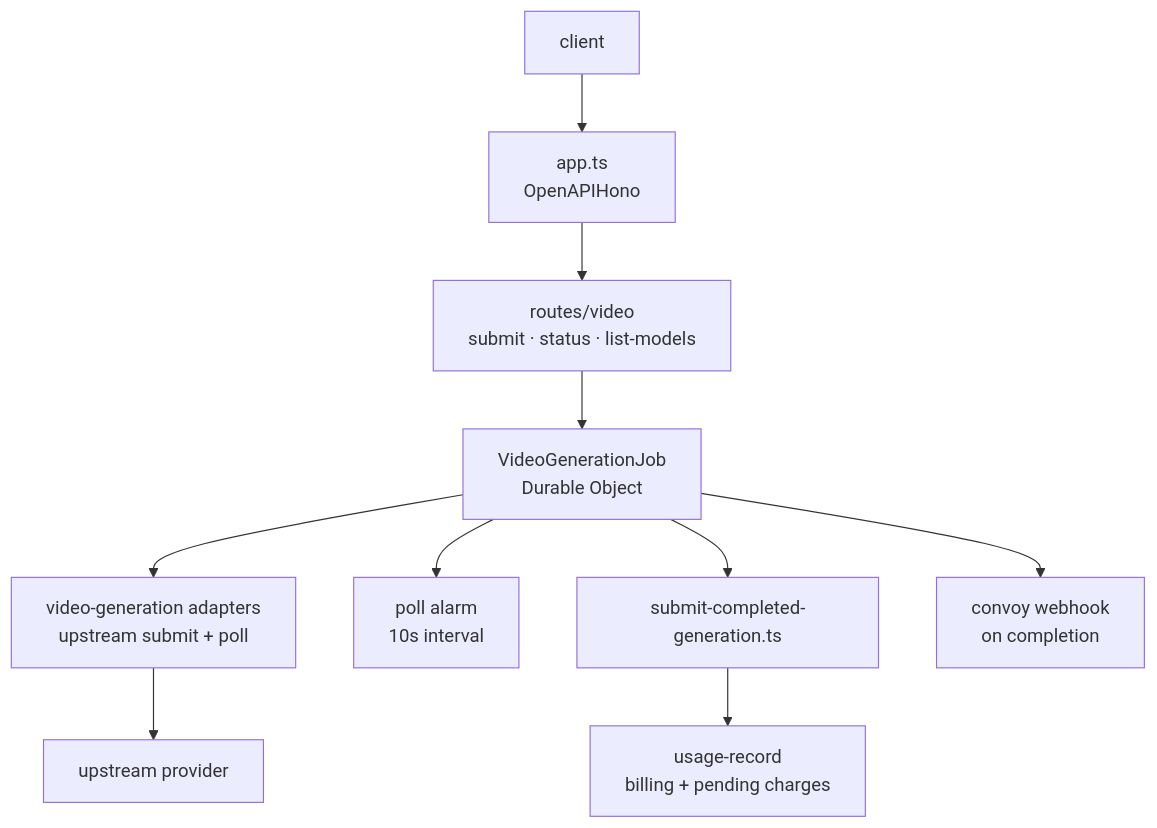
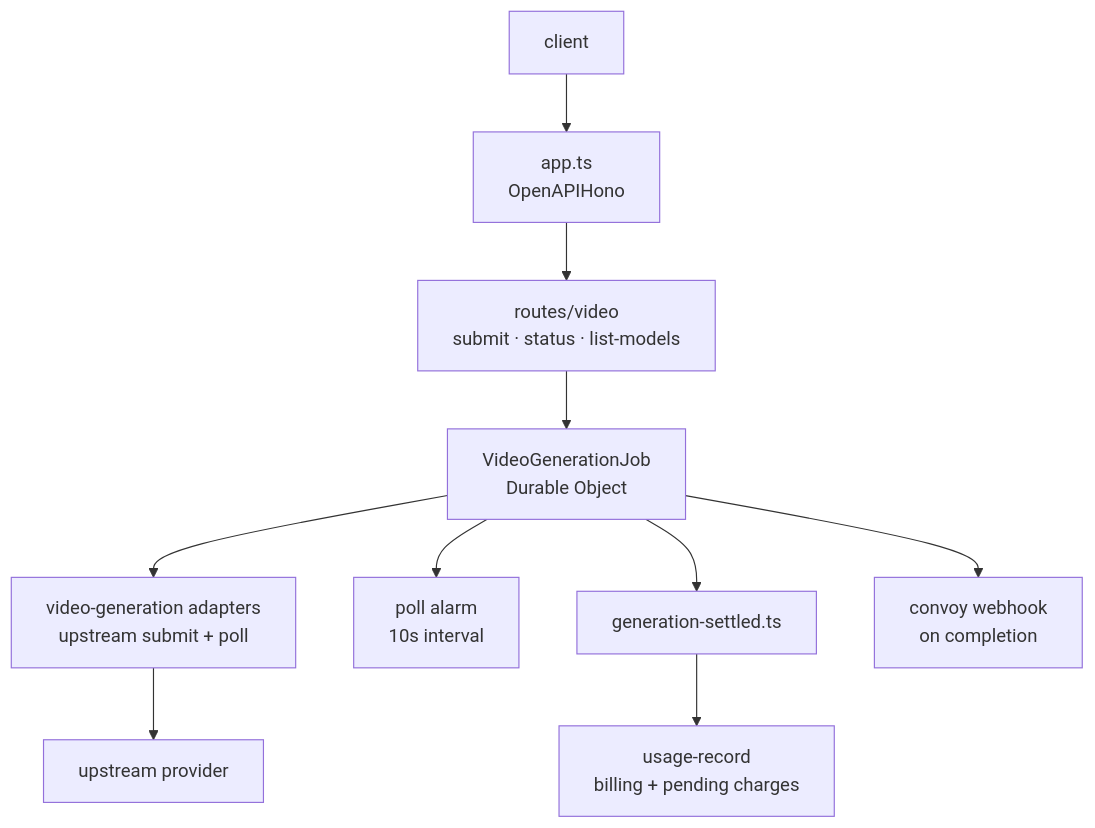
Before and after one commit to OpenRouterTeam/docs: the diagram in services/cfw-video-api/README.md, drawn with Mermaid. The commit also changed other lines of this file and 1681 other files, not shown here.

````diff
--- a/services/cfw-video-api/README.md
+++ b/services/cfw-video-api/README.md
@@ -7,12 +7,12 @@
 ```mermaid
 graph TD
     Client["client"] --> App["app.ts\nOpenAPIHono"]
     App --> VideoRoute["routes/video\nsubmit · status · list-models"]
     VideoRoute --> DO["VideoGenerationJob\nDurable Object"]
     DO --> Adapter["video-generation adapters\nupstream submit + poll"]
     Adapter --> Upstream["upstream provider"]
     DO --> Alarm["poll alarm\n10s interval"]
-    DO --> Submit["submit-completed-generation.ts"]
+    DO --> Submit["generation-settled.ts"]
     Submit --> Usage["usage-record\nbilling + pending charges"]
     DO --> Webhook["convoy webhook\non completion"]
 ```
````
